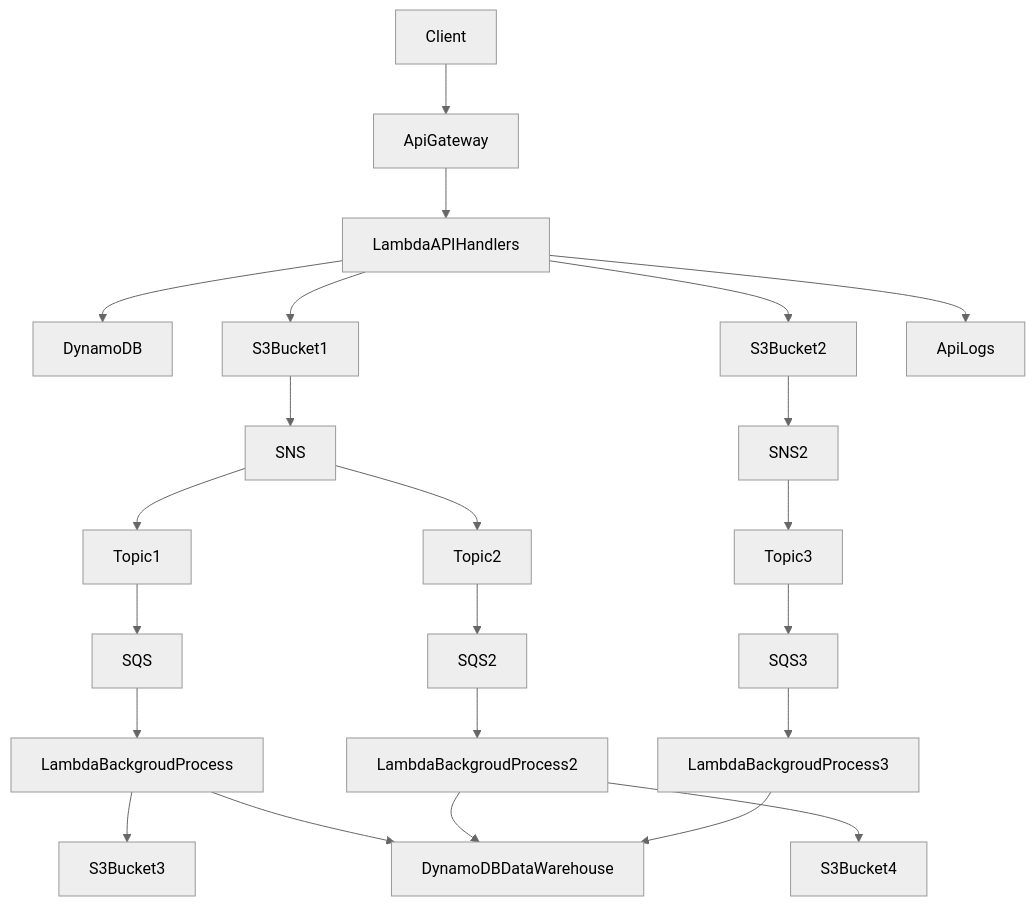
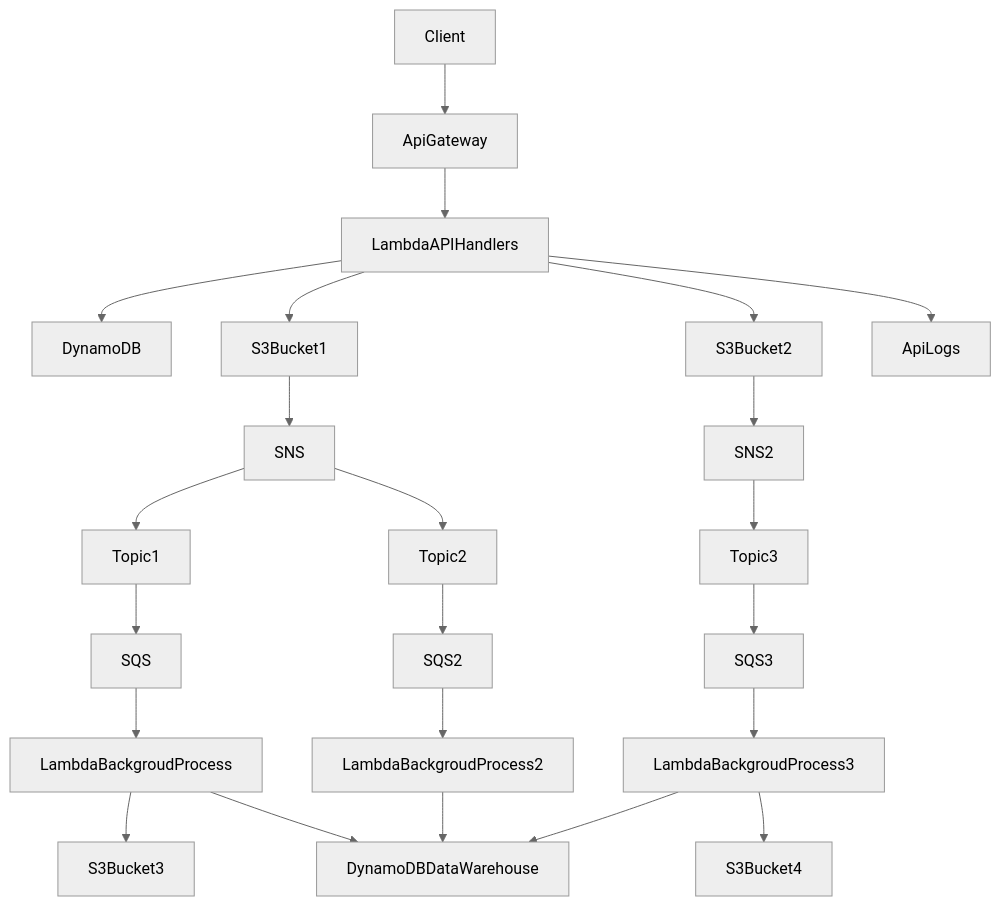
Before and after one commit to xreyc/serverless-framework: the diagram in README.md, drawn with Mermaid (neutral theme).

````diff
--- a/README.md
+++ b/README.md
@@ -10,25 +10,25 @@
 ```mermaid
 graph TD;
     Client-->ApiGateway;
     ApiGateway-->LambdaAPIHandlers;
     LambdaAPIHandlers-->DynamoDB;
     LambdaAPIHandlers-->S3Bucket1;
     LambdaAPIHandlers-->S3Bucket2;
     LambdaAPIHandlers-->ApiLogs;
     S3Bucket1-->SNS;
     SNS-->Topic1;
     SNS-->Topic2;
     Topic1-->SQS;
     SQS-->LambdaBackgroudProcess;
     LambdaBackgroudProcess-->S3Bucket3;
     LambdaBackgroudProcess-->DynamoDBDataWarehouse;
     Topic2-->SQS2;
     SQS2-->LambdaBackgroudProcess2;
-    LambdaBackgroudProcess2-->S3Bucket4;
     LambdaBackgroudProcess2-->DynamoDBDataWarehouse;
     S3Bucket2-->SNS2;
     SNS2-->Topic3;
     Topic3-->SQS3;
     SQS3-->LambdaBackgroudProcess3;
     LambdaBackgroudProcess3-->DynamoDBDataWarehouse;
+    LambdaBackgroudProcess3-->S3Bucket4;
 ```
````
